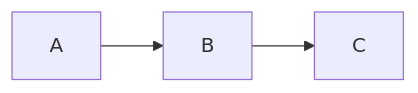
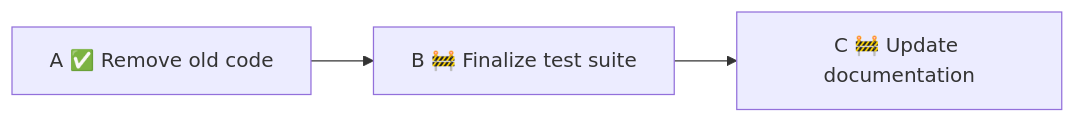
The second of 2 diagrams in redesign/3_architecture_implementation.md (ruby-git/ruby-git), drawn with Mermaid before and after one commit. The commit also changed other lines of this file and 1 other file, not shown here.

````diff
--- a/redesign/3_architecture_implementation.md
+++ b/redesign/3_architecture_implementation.md
@@ -1551,5 +1551,5 @@
 ```mermaid
 graph LR
-    A --> B
-    B --> C
+    A["A ✅ Remove old code"] --> B["B 🚧 Finalize test suite"]
+    B --> C["C 🚧 Update documentation"]
 ```
````
